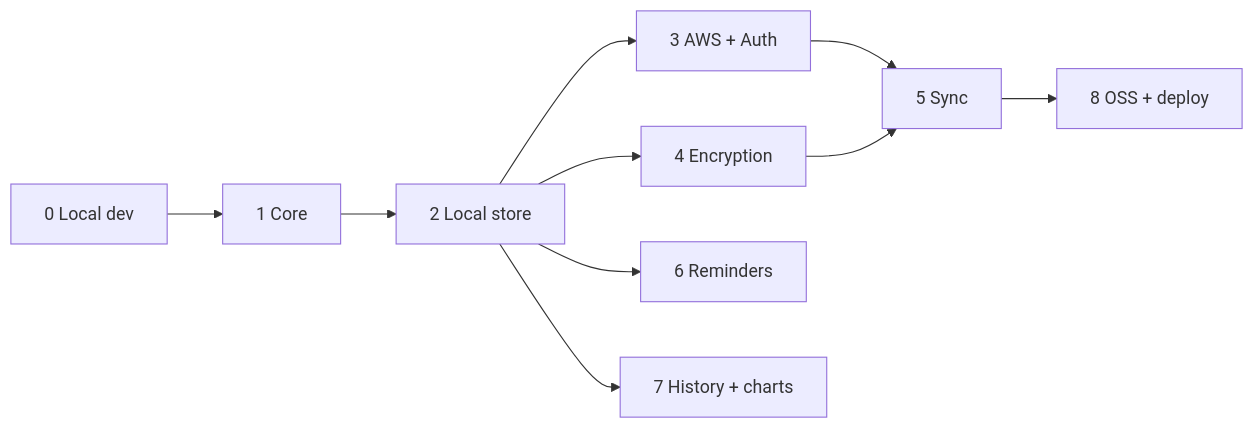
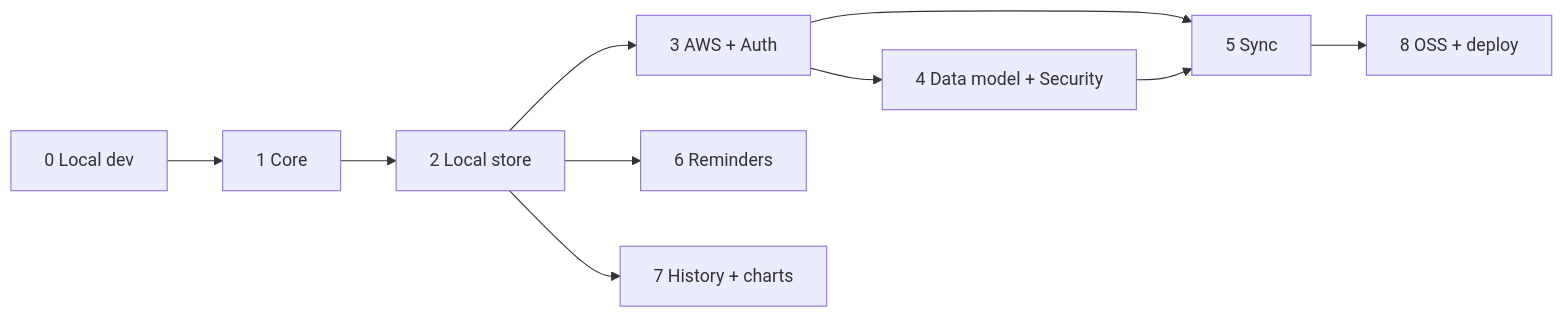
The diagram in specs/03-implementation-plan.md (ankoor7/med-tracker), drawn with Mermaid before and after one commit. The commit also changed other lines of this file and 21 other files, not shown here.

````diff
--- a/specs/03-implementation-plan.md
+++ b/specs/03-implementation-plan.md
@@ -33,12 +33,12 @@
 ```mermaid
 flowchart LR
   S0[0 Local dev] --> S1[1 Core]
   S1[1 Core] --> S2[2 Local store]
   S2 --> S3[3 AWS + Auth]
-  S2 --> S4[4 Encryption]
+  S3 --> S4[4 Data model + Security]
   S3 --> S5[5 Sync]
   S4 --> S5
   S2 --> S6[6 Reminders]
   S2 --> S7[7 History + charts]
   S5 --> S8[8 OSS + deploy]
 ```
````
